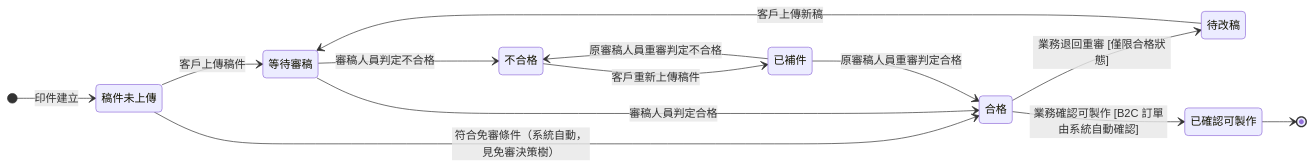
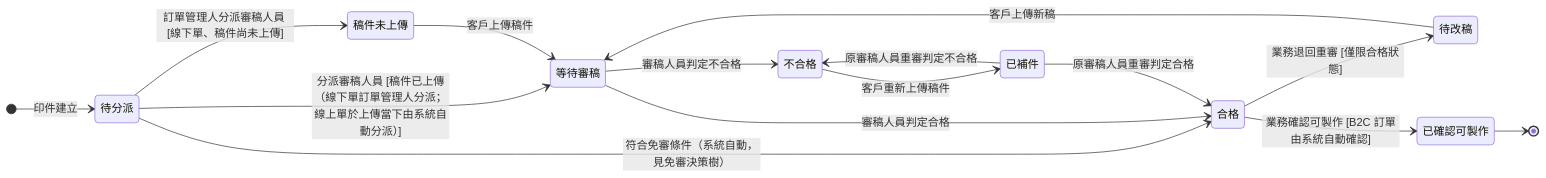
One commit to Kawato-Miles/erp-spec changed the first of 2 diagrams in memory/Sens_wiki/wiki/erp/06-state-machines/印件狀態.md. Above: the diagram before and after it, drawn with Mermaid. The commit also changed other lines of this file and 23 other files, not shown here.

````diff
--- a/memory/Sens_wiki/wiki/erp/06-state-machines/印件狀態.md
+++ b/memory/Sens_wiki/wiki/erp/06-state-machines/印件狀態.md
@@ -70,27 +71,30 @@
 ```mermaid
 stateDiagram-v2
     direction LR
 
-    [*] --> r_none : 印件建立
+    [*] --> r_unassigned : 印件建立
 
+    state "待分派" as r_unassigned
     state "稿件未上傳" as r_none
     state "等待審稿" as r_waiting
     state "不合格" as r_failed
     state "已補件" as r_resub
     state "合格" as r_passed
     state "待改稿" as r_revise
     state "已確認可製作" as r_confirmed
 
+    r_unassigned --> r_none : 訂單管理人分派審稿人員 [線下單、稿件尚未上傳]
+    r_unassigned --> r_waiting : 分派審稿人員 [稿件已上傳（線下單訂單管理人分派；線上單於上傳當下由系統自動分派）]
+    r_unassigned --> r_passed : 符合免審條件（系統自動，見免審決策樹）
     r_none --> r_waiting : 客戶上傳稿件
-    r_none --> r_passed : 符合免審條件（系統自動，見免審決策樹）
     r_waiting --> r_passed : 審稿人員判定合格
     r_waiting --> r_failed : 審稿人員判定不合格
     r_failed --> r_resub : 客戶重新上傳稿件
     r_resub --> r_passed : 原審稿人員重審判定合格
     r_resub --> r_failed : 原審稿人員重審判定不合格
     r_passed --> r_confirmed : 業務確認可製作 [B2C 訂單由系統自動確認]
     r_passed --> r_revise : 業務退回重審 [僅限合格狀態]
     r_revise --> r_waiting : 客戶上傳新稿
 
     r_confirmed --> [*]
 ```
````
